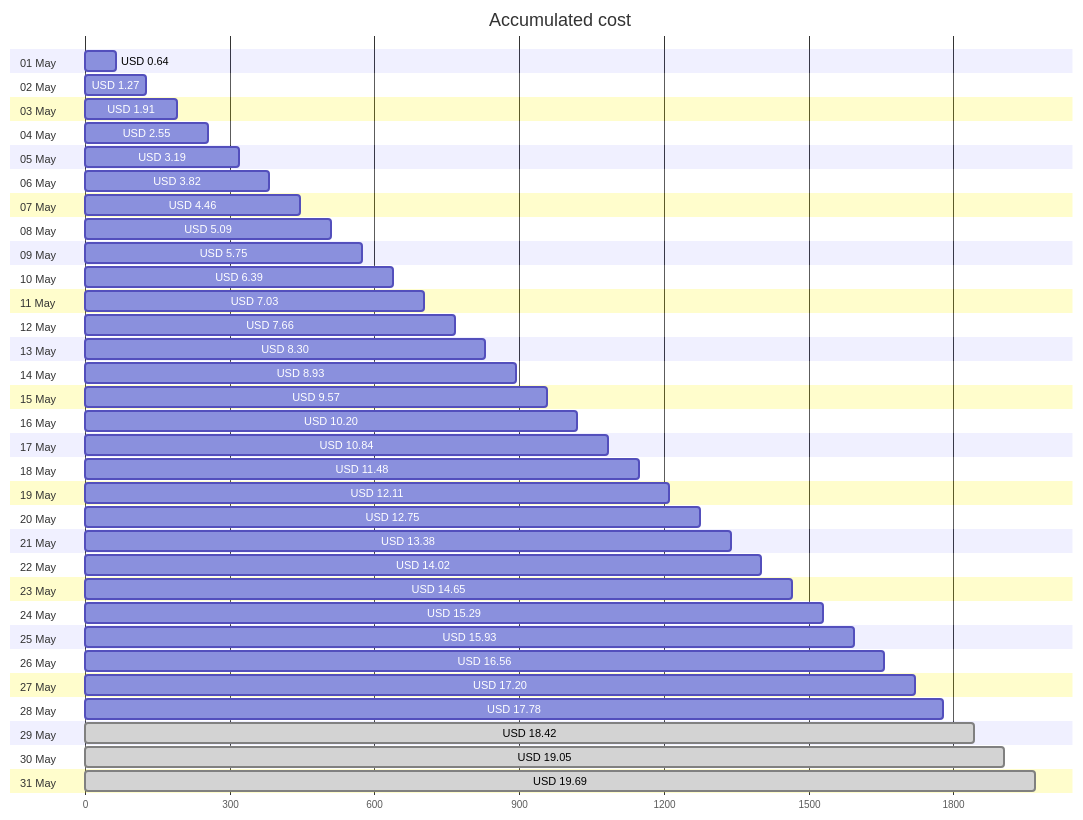
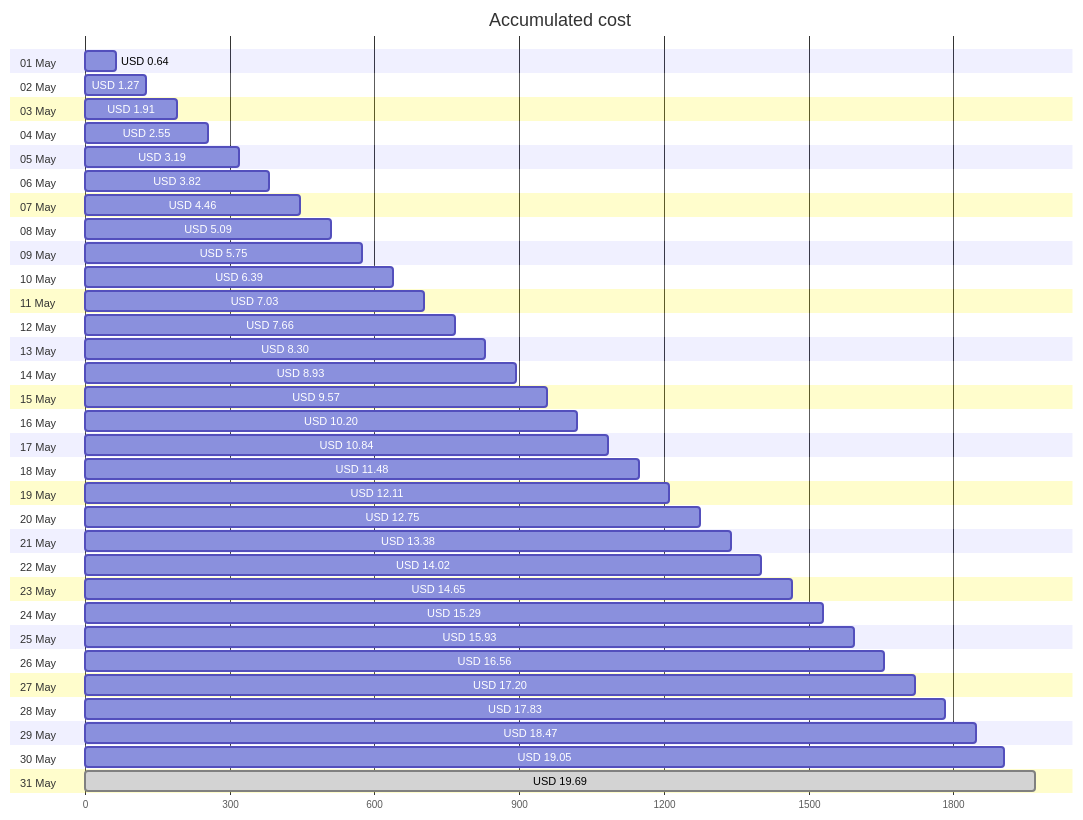
Before and after one commit to jpfulton/azure-personal-reports: the first of 4 diagrams in cost-reports/accumulated-cost.md, drawn with Mermaid. The commit also changed other lines of this file and 4 other files, not shown here.

````diff
--- a/cost-reports/accumulated-cost.md
+++ b/cost-reports/accumulated-cost.md
@@ -20,68 +20,68 @@
 ```mermaid
 gantt
    title Accumulated cost
    dateFormat  X
    axisFormat %s
    section 01 May
    USD 0.64 :0, 64
    section 02 May
    USD 1.27 :0, 127
    section 03 May
    USD 1.91 :0, 191
    section 04 May
    USD 2.55 :0, 255
    section 05 May
    USD 3.19 :0, 319
    section 06 May
    USD 3.82 :0, 382
    section 07 May
    USD 4.46 :0, 446
    section 08 May
    USD 5.09 :0, 509
    section 09 May
    USD 5.75 :0, 575
    section 10 May
    USD 6.39 :0, 639
    section 11 May
    USD 7.03 :0, 703
    section 12 May
    USD 7.66 :0, 766
    section 13 May
    USD 8.30 :0, 830
    section 14 May
    USD 8.93 :0, 893
    section 15 May
    USD 9.57 :0, 957
    section 16 May
    USD 10.20 :0, 1020
    section 17 May
    USD 10.84 :0, 1084
    section 18 May
    USD 11.48 :0, 1148
    section 19 May
    USD 12.11 :0, 1211
    section 20 May
    USD 12.75 :0, 1275
    section 21 May
    USD 13.38 :0, 1338
    section 22 May
    USD 14.02 :0, 1402
    section 23 May
    USD 14.65 :0, 1465
    section 24 May
    USD 15.29 :0, 1529
    section 25 May
    USD 15.93 :0, 1593
    section 26 May
    USD 16.56 :0, 1656
    section 27 May
    USD 17.20 :0, 1720
    section 28 May
-   USD 17.78 :0, 1778
+   USD 17.83 :0, 1783
    section 29 May
-   USD 18.42 : done, 0, 1842
+   USD 18.47 :0, 1847
    section 30 May
-   USD 19.05 : done, 0, 1905
+   USD 19.05 :0, 1905
    section 31 May
    USD 19.69 : done, 0, 1969
 ```
````
